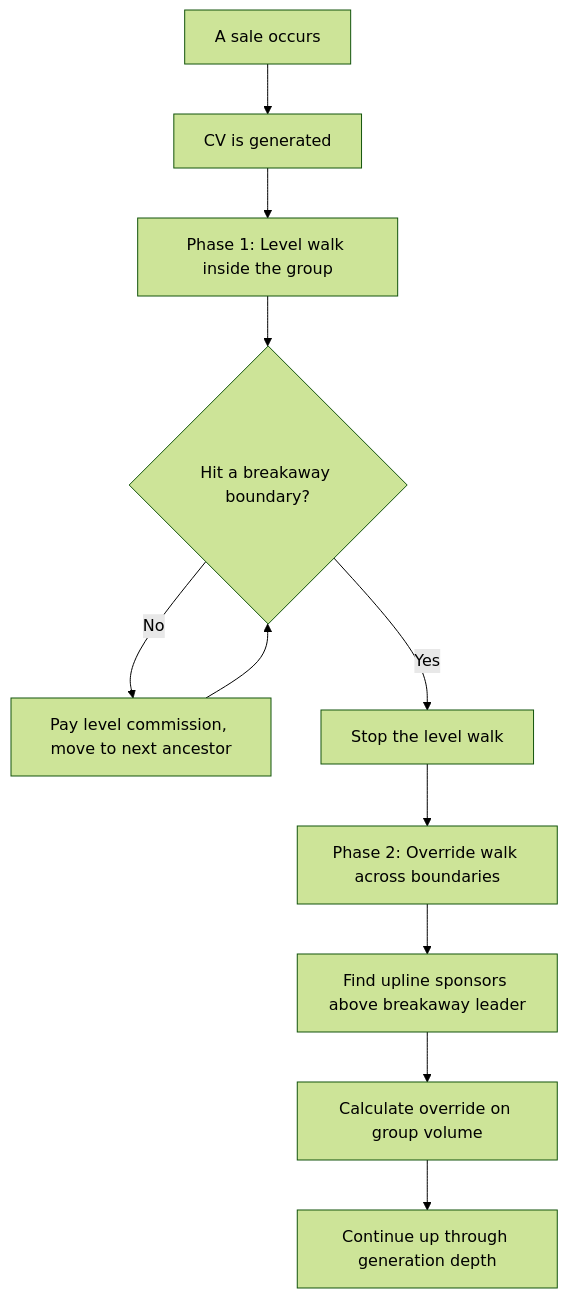
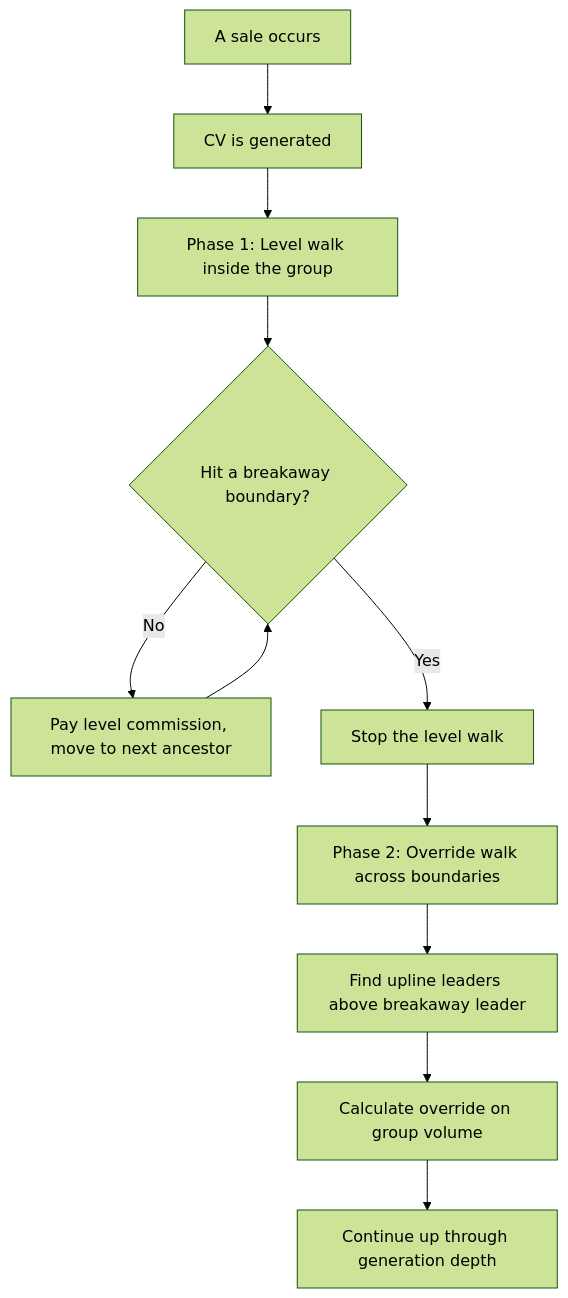
Before and after one commit to mheuss/mlmforge: the second of 3 diagrams in content/guides/stairstep.md, drawn with Mermaid (forest theme). The commit also changed other lines of this file and 2 other files, not shown here.

First line of the commit message:
docs(guides): fix tree diagram orientation and label

````diff
--- a/content/guides/stairstep.md
+++ b/content/guides/stairstep.md
@@ -63,13 +63,13 @@
 ```mermaid
 flowchart TD
     A[A sale occurs] --> B[CV is generated]
     B --> C[Phase 1: Level walk inside the group]
     C --> D{Hit a breakaway boundary?}
     D -- No --> E[Pay level commission, move to next ancestor]
     D -- Yes --> F[Stop the level walk]
     E --> D
     F --> G[Phase 2: Override walk across boundaries]
-    G --> H[Find upline sponsors above breakaway leader]
+    G --> H[Find upline leaders above breakaway leader]
     H --> I[Calculate override on group volume]
     I --> J[Continue up through generation depth]
 ```
````
